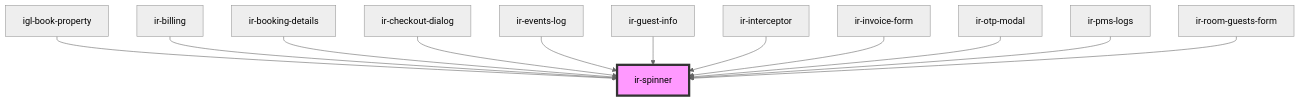
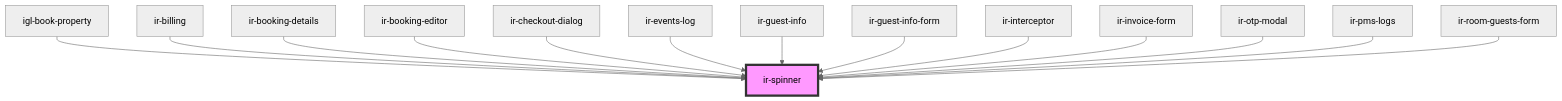
The diagram in src/components/ui/ir-spinner/readme.md (David1Chowaifaty/modified-ir-webcmp), drawn with Mermaid (neutral theme) before and after one commit. The commit also changed other lines of this file and 56 other files, not shown here.

First line of the commit message:
Enhance IrBookingEditor and related components with new validation and input handling

````diff
--- a/src/components/ui/ir-spinner/readme.md
+++ b/src/components/ui/ir-spinner/readme.md
@@ -35,15 +37,17 @@
 ```mermaid
 graph TD;
   igl-book-property --> ir-spinner
   ir-billing --> ir-spinner
   ir-booking-details --> ir-spinner
+  ir-booking-editor --> ir-spinner
   ir-checkout-dialog --> ir-spinner
   ir-events-log --> ir-spinner
   ir-guest-info --> ir-spinner
+  ir-guest-info-form --> ir-spinner
   ir-interceptor --> ir-spinner
   ir-invoice-form --> ir-spinner
   ir-otp-modal --> ir-spinner
   ir-pms-logs --> ir-spinner
   ir-room-guests-form --> ir-spinner
   style ir-spinner fill:#f9f,stroke:#333,stroke-width:4px
 ```
````
